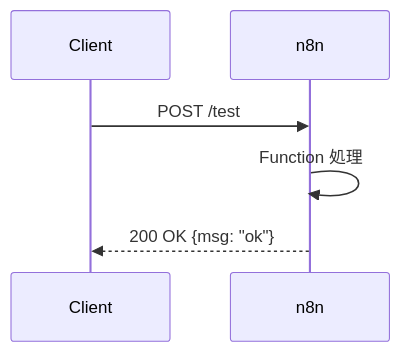
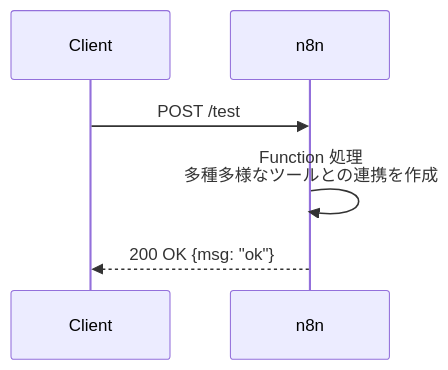
Before and after one commit to check5004/My-AI-Application-Practice-Report: the diagram in 5. n8nによる自動化の試み.md, drawn with Mermaid. The commit also changed other lines of this file and 9 other files, not shown here.

````diff
--- a/5. n8nによる自動化の試み.md
+++ b/5. n8nによる自動化の試み.md
@@ -27,8 +23,8 @@
 ```mermaid
 sequenceDiagram
   participant Client
   participant n8n
   Client->>n8n: POST /test
-  n8n->>n8n: Function 処理
+  n8n->>n8n: Function 処理<br>多種多様なツールとの連携を作成
   n8n-->>Client: 200 OK {msg: "ok"}
 ```
````
